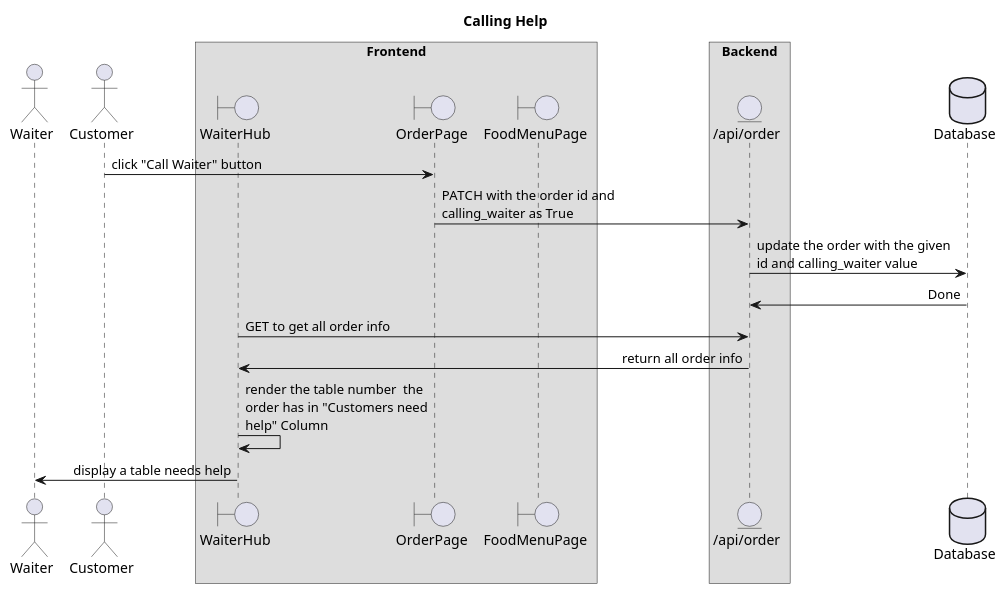
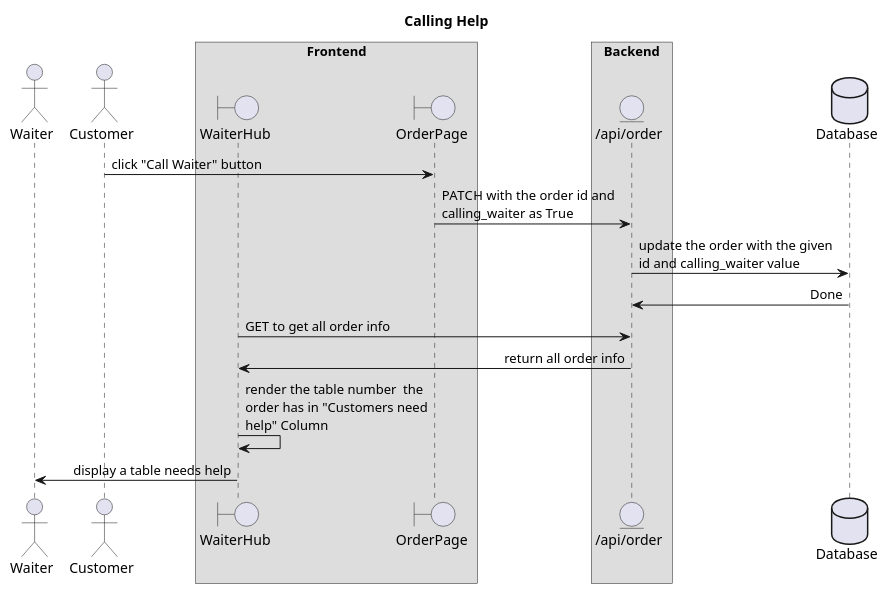
Before and after one commit to Spencer-Georgiou/Uni-Y2-Team: the diagram in doc/architecture/sequence-diagram/calling-help.puml, drawn with PlantUML. The commit also changed 3 other files, not shown here.

Commit message:
docs(Diagram): correct errors in the er-diagram

```diff
--- a/doc/architecture/sequence-diagram/calling-help.puml
+++ b/doc/architecture/sequence-diagram/calling-help.puml
@@ -3,35 +3,34 @@
 @startuml
 ' diagram format
 skinparam sequenceArrowThickness 1
 skinparam maxmessagesize 200
 skinparam BoxPadding 50
 skinparam SequenceMessageAlign first
 !pragma teoz true
 
 title Calling Help
 
 ' actors
 actor Waiter
 actor Customer
 ' frontend entities
 box Frontend
 boundary WaiterHub
 boundary OrderPage
-boundary FoodMenuPage
 end box
 ' backend entities
 box Backend
 entity "/api/order" as OrderAPI
 end box
 ' database entities
 database Database
 
 Customer -> OrderPage: click "Call Waiter" button
 OrderPage -> OrderAPI: PATCH with the order id and calling_waiter as True
 OrderAPI -> Database: update the order with the given id and calling_waiter value
 Database -> OrderAPI: Done
 WaiterHub -> OrderAPI: GET to get all order info
 OrderAPI -> WaiterHub: return all order info
 WaiterHub -> WaiterHub: render the table number  the order has in "Customers need help" Column
 WaiterHub -> Waiter: display a table needs help
 @enduml
```
